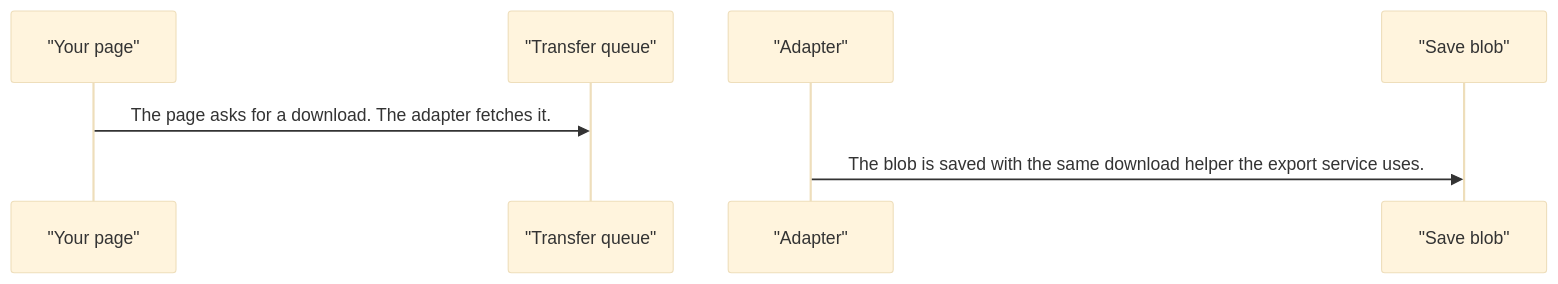
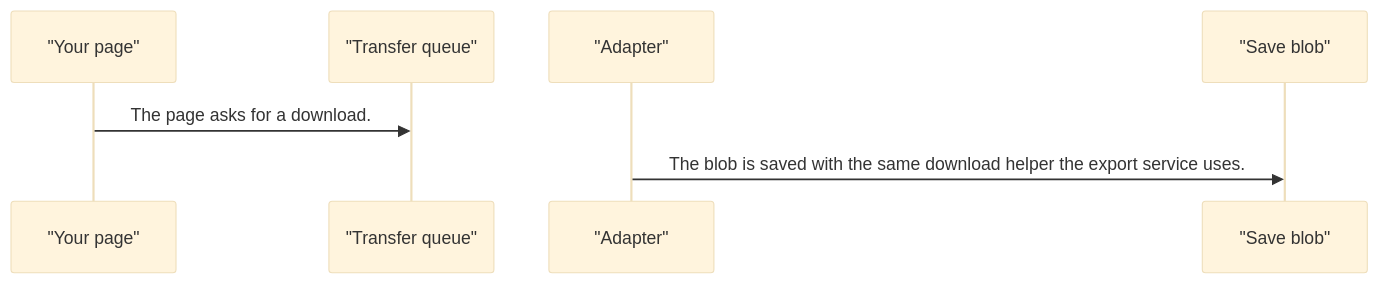
Before and after one commit to RajshekharBorate/pixel-ui: the third of 4 diagrams in projects/pixel-ui/src/lib/services/file-transfer/DESIGN.md, drawn with Mermaid (base theme). The commit also changed other lines of this file and 80 other files, not shown here.

Commit message:
Fill missing design flows and correct the stories that did not match component behavior.

````diff
--- a/projects/pixel-ui/src/lib/services/file-transfer/DESIGN.md
+++ b/projects/pixel-ui/src/lib/services/file-transfer/DESIGN.md
@@ -66,9 +66,9 @@
 ```mermaid
 sequenceDiagram
   participant page as "Your page"
   participant queue as "Transfer queue"
   participant adapter as "Adapter"
   participant save as "Save blob"
-  page->>queue: The page asks for a download. The adapter fetches it.
+  page->>queue: The page asks for a download.
   adapter->>save: The blob is saved with the same download helper the export service uses.
 ```
````
